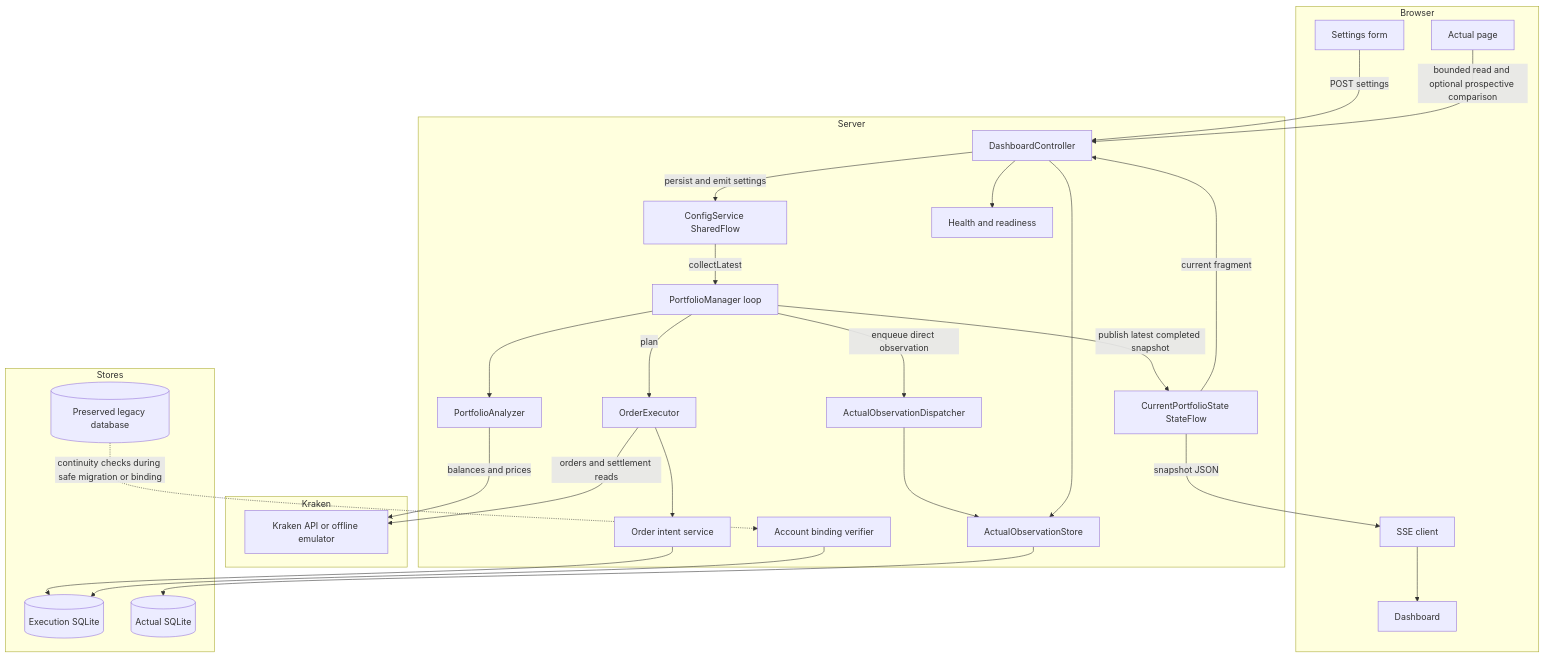
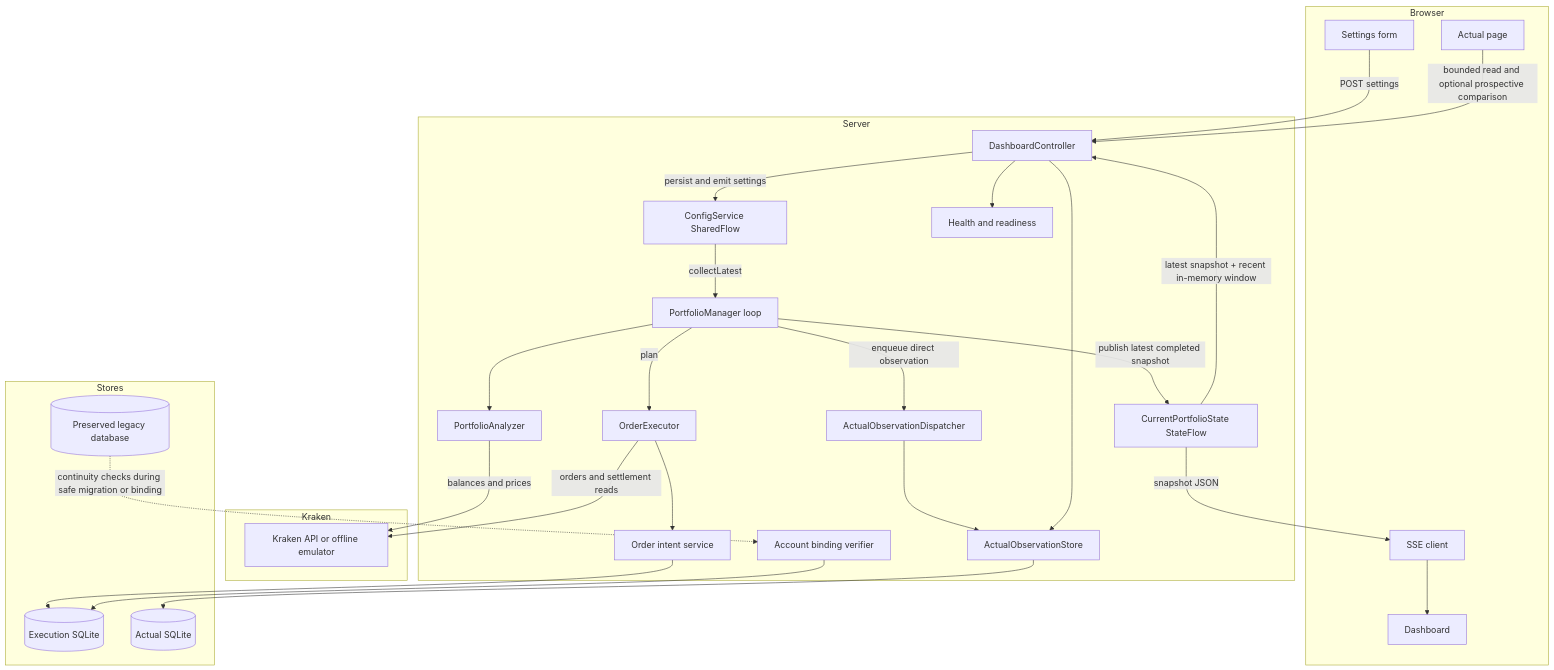
Before and after one commit to HyperVon/new-kraken-rebalancer: the first of 3 diagrams in docs/FLOWS.md, drawn with Mermaid. The commit also changed other lines of this file and 46 other files, not shown here.

````diff
--- a/docs/FLOWS.md
+++ b/docs/FLOWS.md
@@ -18,55 +18,55 @@
 ```mermaid
 flowchart TB
     subgraph Browser
         Settings[Settings form]
         Dashboard[Dashboard]
         SSE[SSE client]
         Actual[Actual page]
     end
 
     subgraph Server
         Controller[DashboardController]
         Config[ConfigService SharedFlow]
         Manager[PortfolioManager loop]
         Analyzer[PortfolioAnalyzer]
         Executor[OrderExecutor]
         Current[CurrentPortfolioState StateFlow]
         ActualDispatcher[ActualObservationDispatcher]
         ActualStore[ActualObservationStore]
         OrderIntent[Order intent service]
         Binding[Account binding verifier]
         Health[Health and readiness]
     end
 
     subgraph Kraken
         Exchange[Kraken API or offline emulator]
     end
 
     subgraph Stores
         ExecutionDB[(Execution SQLite)]
         ActualDB[(Actual SQLite)]
         LegacyDB[(Preserved legacy database)]
     end
 
     Settings -->|POST settings| Controller
     Controller -->|persist and emit settings| Config
     Config -->|collectLatest| Manager
     Manager --> Analyzer
     Analyzer -->|balances and prices| Exchange
     Manager -->|plan| Executor
     Executor -->|orders and settlement reads| Exchange
     Executor --> OrderIntent
     OrderIntent --> ExecutionDB
     Manager -->|publish latest completed snapshot| Current
-    Current -->|current fragment| Controller
+Current -->|latest snapshot + recent in-memory window| Controller
     Current -->|snapshot JSON| SSE
     SSE --> Dashboard
     Manager -->|enqueue direct observation| ActualDispatcher
     ActualDispatcher --> ActualStore
     ActualStore --> ActualDB
     Actual -->|bounded read and optional prospective comparison| Controller
     Controller --> ActualStore
     Controller --> Health
     LegacyDB -.->|continuity checks during safe migration or binding| Binding
     Binding --> ExecutionDB
 ```
````
